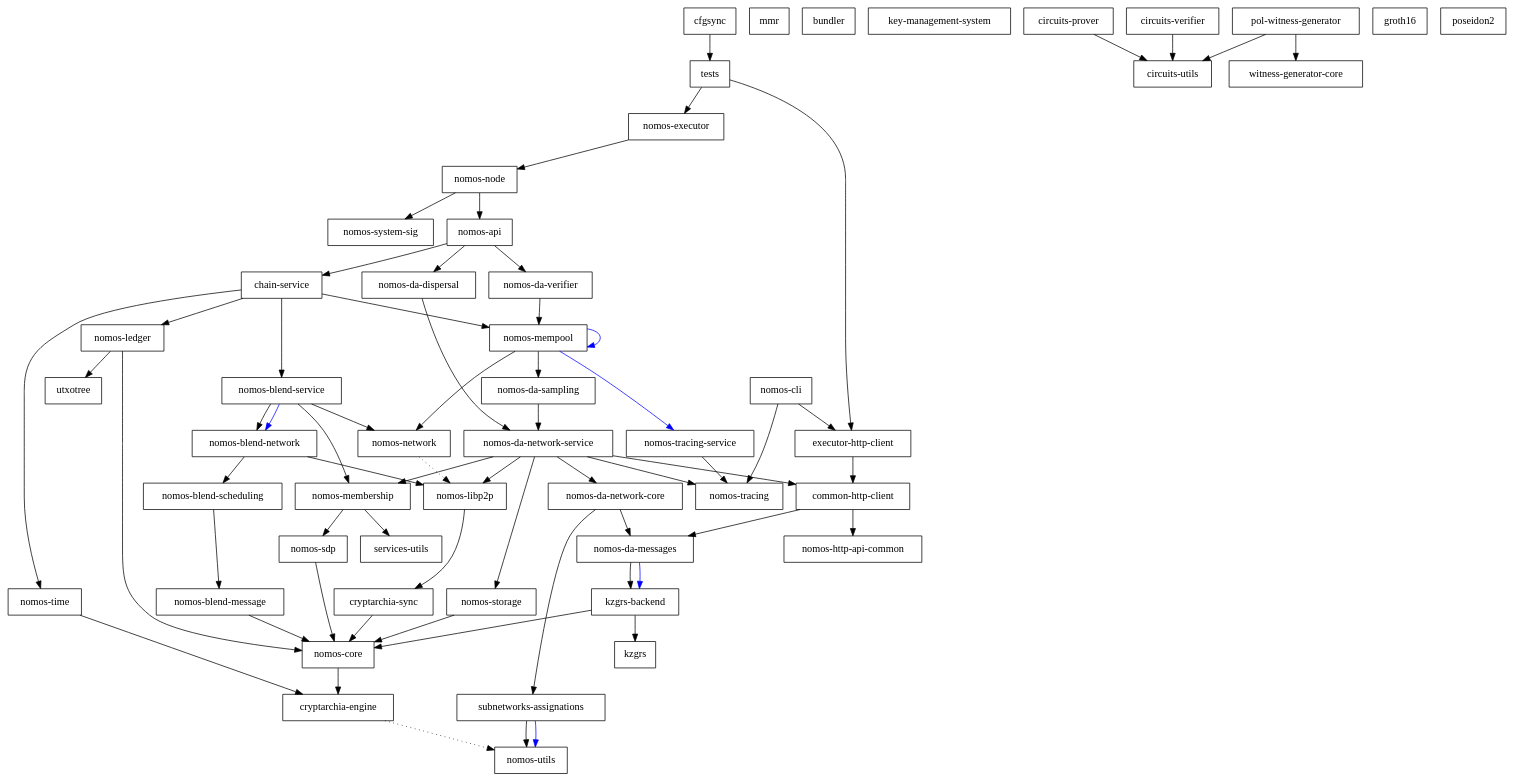
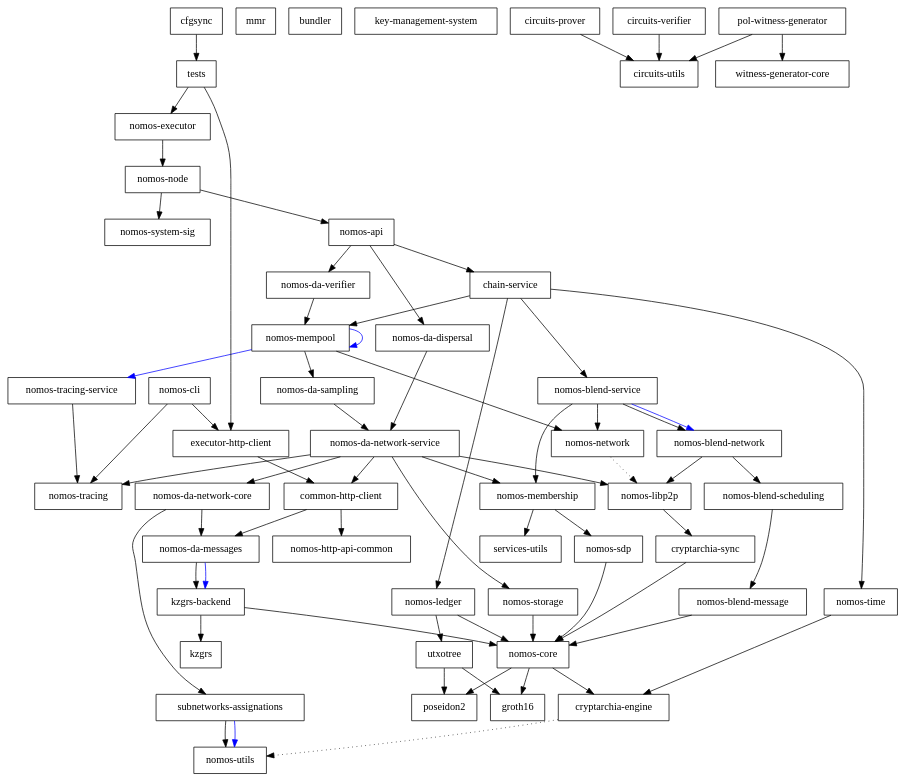
One commit to Astro521/logos-blockchain changed the diagram in dependencies_graph.dot. Above: the diagram before and after it, drawn with Graphviz. The commit also changed 46 other files, not shown here.

```diff
--- a/dependencies_graph.dot
+++ b/dependencies_graph.dot
@@ -1,116 +1,120 @@
 digraph {
     0 [ label = "cryptarchia-engine" shape = box]
     1 [ label = "nomos-utils" shape = box]
     2 [ label = "cryptarchia-sync" shape = box]
     3 [ label = "nomos-core" shape = box]
-    4 [ label = "nomos-ledger" shape = box]
-    5 [ label = "utxotree" shape = box]
-    6 [ label = "mmr" shape = box]
-    7 [ label = "nomos-http-api-common" shape = box]
-    8 [ label = "nomos-executor" shape = box]
-    9 [ label = "kzgrs-backend" shape = box]
-    10 [ label = "kzgrs" shape = box]
-    11 [ label = "nomos-api" shape = box]
-    12 [ label = "chain-service" shape = box]
-    13 [ label = "nomos-blend-service" shape = box]
-    14 [ label = "nomos-blend-message" shape = box]
-    15 [ label = "nomos-blend-network" shape = box]
-    16 [ label = "nomos-blend-scheduling" shape = box]
-    17 [ label = "nomos-libp2p" shape = box]
-    18 [ label = "nomos-membership" shape = box]
-    19 [ label = "nomos-sdp" shape = box]
-    20 [ label = "services-utils" shape = box]
-    21 [ label = "nomos-network" shape = box]
-    22 [ label = "nomos-da-sampling" shape = box]
-    23 [ label = "nomos-da-network-core" shape = box]
-    24 [ label = "nomos-da-messages" shape = box]
-    25 [ label = "subnetworks-assignations" shape = box]
-    26 [ label = "nomos-da-network-service" shape = box]
-    27 [ label = "common-http-client" shape = box]
-    28 [ label = "nomos-storage" shape = box]
-    29 [ label = "nomos-tracing" shape = box]
-    30 [ label = "nomos-mempool" shape = box]
-    31 [ label = "nomos-tracing-service" shape = box]
-    32 [ label = "nomos-time" shape = box]
-    33 [ label = "nomos-da-dispersal" shape = box]
-    34 [ label = "nomos-da-verifier" shape = box]
-    35 [ label = "nomos-node" shape = box]
-    36 [ label = "nomos-system-sig" shape = box]
-    37 [ label = "executor-http-client" shape = box]
-    38 [ label = "bundler" shape = box]
-    39 [ label = "nomos-cli" shape = box]
-    40 [ label = "key-management-system" shape = box]
-    41 [ label = "cfgsync" shape = box]
-    42 [ label = "tests" shape = box]
-    43 [ label = "circuits-prover" shape = box]
-    44 [ label = "circuits-utils" shape = box]
-    45 [ label = "circuits-verifier" shape = box]
-    46 [ label = "witness-generator-core" shape = box]
-    47 [ label = "pol-witness-generator" shape = box]
-    48 [ label = "groth16" shape = box]
-    49 [ label = "poseidon2" shape = box]
+    4 [ label = "groth16" shape = box]
+    5 [ label = "poseidon2" shape = box]
+    6 [ label = "nomos-ledger" shape = box]
+    7 [ label = "utxotree" shape = box]
+    8 [ label = "mmr" shape = box]
+    9 [ label = "nomos-http-api-common" shape = box]
+    10 [ label = "nomos-executor" shape = box]
+    11 [ label = "kzgrs-backend" shape = box]
+    12 [ label = "kzgrs" shape = box]
+    13 [ label = "nomos-api" shape = box]
+    14 [ label = "chain-service" shape = box]
+    15 [ label = "nomos-blend-service" shape = box]
+    16 [ label = "nomos-blend-message" shape = box]
+    17 [ label = "nomos-blend-network" shape = box]
+    18 [ label = "nomos-blend-scheduling" shape = box]
+    19 [ label = "nomos-libp2p" shape = box]
+    20 [ label = "nomos-membership" shape = box]
+    21 [ label = "nomos-sdp" shape = box]
+    22 [ label = "services-utils" shape = box]
+    23 [ label = "nomos-network" shape = box]
+    24 [ label = "nomos-da-sampling" shape = box]
+    25 [ label = "nomos-da-network-core" shape = box]
+    26 [ label = "nomos-da-messages" shape = box]
+    27 [ label = "subnetworks-assignations" shape = box]
+    28 [ label = "nomos-da-network-service" shape = box]
+    29 [ label = "common-http-client" shape = box]
+    30 [ label = "nomos-storage" shape = box]
+    31 [ label = "nomos-tracing" shape = box]
+    32 [ label = "nomos-mempool" shape = box]
+    33 [ label = "nomos-tracing-service" shape = box]
+    34 [ label = "nomos-time" shape = box]
+    35 [ label = "nomos-da-dispersal" shape = box]
+    36 [ label = "nomos-da-verifier" shape = box]
+    37 [ label = "nomos-node" shape = box]
+    38 [ label = "nomos-system-sig" shape = box]
+    39 [ label = "executor-http-client" shape = box]
+    40 [ label = "bundler" shape = box]
+    41 [ label = "nomos-cli" shape = box]
+    42 [ label = "key-management-system" shape = box]
+    43 [ label = "cfgsync" shape = box]
+    44 [ label = "tests" shape = box]
+    45 [ label = "circuits-prover" shape = box]
+    46 [ label = "circuits-utils" shape = box]
+    47 [ label = "circuits-verifier" shape = box]
+    48 [ label = "witness-generator-core" shape = box]
+    49 [ label = "pol-witness-generator" shape = box]
     0 -> 1 [ style = dotted]
     2 -> 3 [ ]
     3 -> 0 [ ]
-    4 -> 3 [ ]
-    4 -> 5 [ ]
-    8 -> 35 [ ]
-    9 -> 10 [ ]
-    9 -> 3 [ ]
+    3 -> 4 [ ]
+    3 -> 5 [ ]
+    6 -> 3 [ ]
+    6 -> 7 [ ]
+    7 -> 4 [ ]
+    7 -> 5 [ ]
+    10 -> 37 [ ]
     11 -> 12 [ ]
-    11 -> 33 [ ]
-    11 -> 34 [ ]
-    12 -> 13 [ ]
-    12 -> 4 [ ]
-    12 -> 30 [ ]
-    12 -> 32 [ ]
-    13 -> 15 [ ]
-    13 -> 15 [ color = blue]
-    13 -> 18 [ ]
-    13 -> 21 [ ]
-    14 -> 3 [ ]
-    15 -> 16 [ ]
+    11 -> 3 [ ]
+    13 -> 14 [ ]
+    13 -> 35 [ ]
+    13 -> 36 [ ]
+    14 -> 15 [ ]
+    14 -> 6 [ ]
+    14 -> 32 [ ]
+    14 -> 34 [ ]
     15 -> 17 [ ]
-    16 -> 14 [ ]
-    17 -> 2 [ ]
-    18 -> 19 [ ]
-    18 -> 20 [ ]
-    19 -> 3 [ ]
-    21 -> 17 [ style = dotted]
-    22 -> 26 [ ]
-    23 -> 24 [ ]
-    23 -> 25 [ ]
-    24 -> 9 [ ]
-    24 -> 9 [ color = blue]
-    25 -> 1 [ ]
-    25 -> 1 [ color = blue]
-    26 -> 27 [ ]
-    26 -> 23 [ ]
-    26 -> 17 [ ]
-    26 -> 18 [ ]
-    26 -> 28 [ ]
-    26 -> 29 [ ]
-    27 -> 24 [ ]
-    27 -> 7 [ ]
-    28 -> 3 [ ]
-    30 -> 22 [ ]
-    30 -> 30 [ color = blue]
-    30 -> 21 [ ]
-    30 -> 31 [ color = blue]
-    31 -> 29 [ ]
-    32 -> 0 [ ]
-    33 -> 26 [ ]
-    34 -> 30 [ ]
-    35 -> 11 [ ]
-    35 -> 36 [ ]
-    37 -> 27 [ ]
-    39 -> 37 [ ]
+    15 -> 17 [ color = blue]
+    15 -> 20 [ ]
+    15 -> 23 [ ]
+    16 -> 3 [ ]
+    17 -> 18 [ ]
+    17 -> 19 [ ]
+    18 -> 16 [ ]
+    19 -> 2 [ ]
+    20 -> 21 [ ]
+    20 -> 22 [ ]
+    21 -> 3 [ ]
+    23 -> 19 [ style = dotted]
+    24 -> 28 [ ]
+    25 -> 26 [ ]
+    25 -> 27 [ ]
+    26 -> 11 [ ]
+    26 -> 11 [ color = blue]
+    27 -> 1 [ ]
+    27 -> 1 [ color = blue]
+    28 -> 29 [ ]
+    28 -> 25 [ ]
+    28 -> 19 [ ]
+    28 -> 20 [ ]
+    28 -> 30 [ ]
+    28 -> 31 [ ]
+    29 -> 26 [ ]
+    29 -> 9 [ ]
+    30 -> 3 [ ]
+    32 -> 24 [ ]
+    32 -> 32 [ color = blue]
+    32 -> 23 [ ]
+    32 -> 33 [ color = blue]
+    33 -> 31 [ ]
+    34 -> 0 [ ]
+    35 -> 28 [ ]
+    36 -> 32 [ ]
+    37 -> 13 [ ]
+    37 -> 38 [ ]
     39 -> 29 [ ]
-    41 -> 42 [ ]
-    42 -> 37 [ ]
-    42 -> 8 [ ]
+    41 -> 39 [ ]
+    41 -> 31 [ ]
     43 -> 44 [ ]
-    45 -> 44 [ ]
-    47 -> 44 [ ]
+    44 -> 39 [ ]
+    44 -> 10 [ ]
+    45 -> 46 [ ]
     47 -> 46 [ ]
+    49 -> 46 [ ]
+    49 -> 48 [ ]
 }
```
